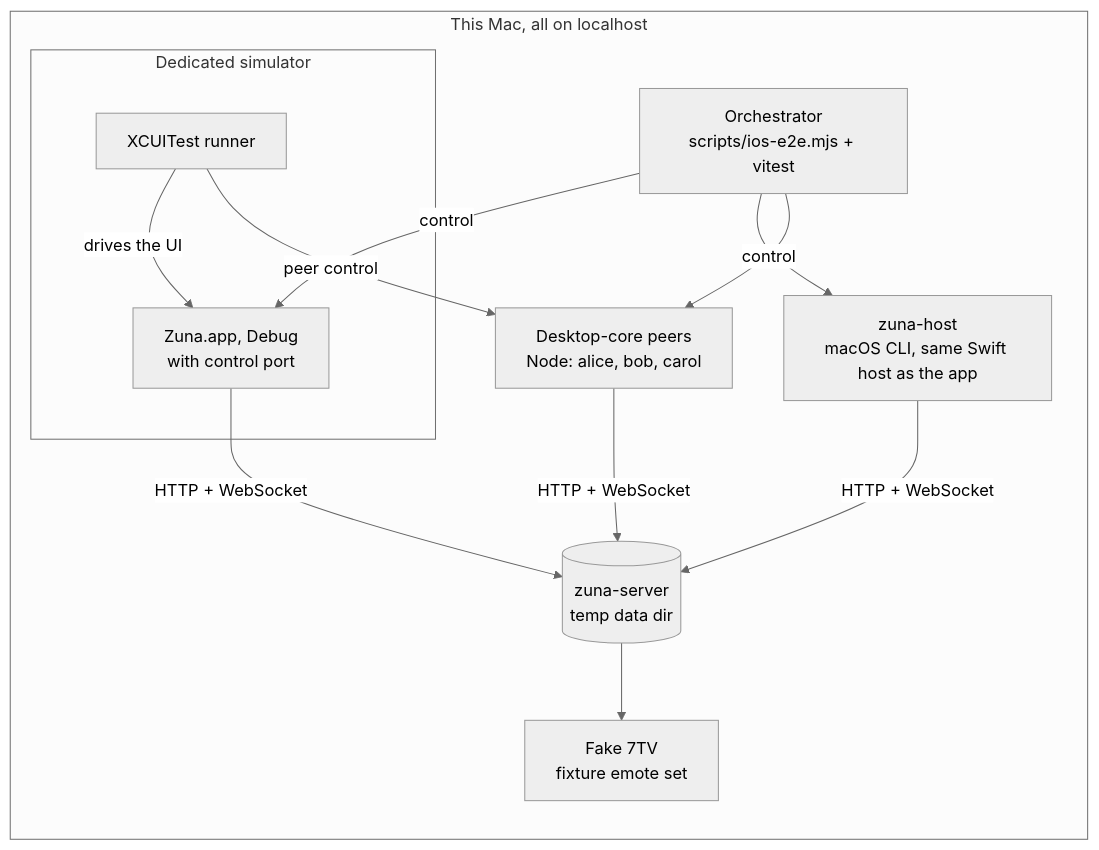
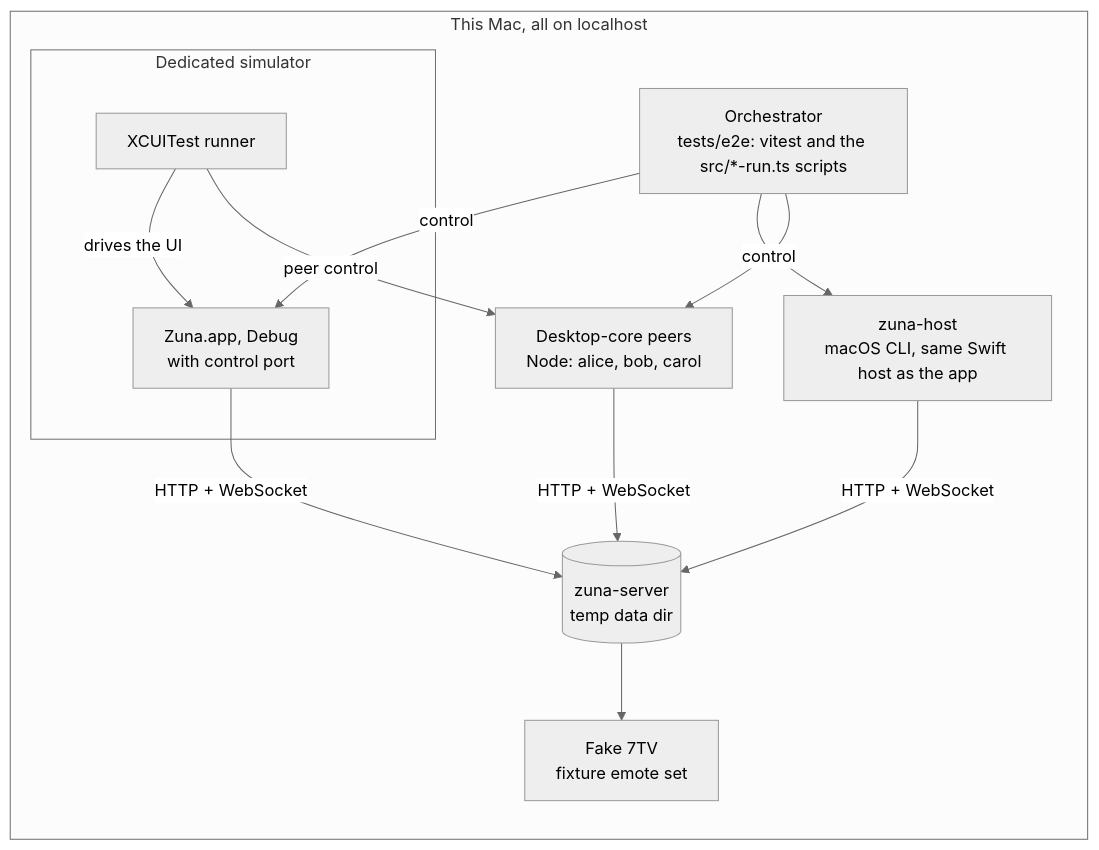
Before and after one commit to zuna-app/zuna: the diagram in docs/IOS_TESTING.md, drawn with Mermaid (neutral theme). The commit also changed other lines of this file, not shown here.

First line of the commit message:
docs: described the iphone's tests as they are in ios_testing.md

````diff
--- a/docs/IOS_TESTING.md
+++ b/docs/IOS_TESTING.md
@@ -16,23 +16,23 @@
 ```mermaid
 flowchart LR
   subgraph Mac["This Mac, all on localhost"]
-    Orch["Orchestrator<br/>scripts/ios-e2e.mjs + vitest"]
+    Orch["Orchestrator<br/>tests/e2e: vitest and the src/*-run.ts scripts"]
     Server[("zuna-server<br/>temp data dir")]
     Fake["Fake 7TV<br/>fixture emote set"]
     Peers["Desktop-core peers<br/>Node: alice, bob, carol"]
     Host["zuna-host<br/>macOS CLI, same Swift host as the app"]
     subgraph Sim["Dedicated simulator"]
       App["Zuna.app, Debug<br/>with control port"]
       UIT["XCUITest runner"]
     end
   end
   Orch -->|control| Host
   Orch -->|control| App
   Orch --> Peers
   UIT -->|drives the UI| App
   UIT -->|peer control| Peers
   Host -->|HTTP + WebSocket| Server
   App -->|HTTP + WebSocket| Server
   Peers -->|HTTP + WebSocket| Server
   Server --> Fake
 ```
````
